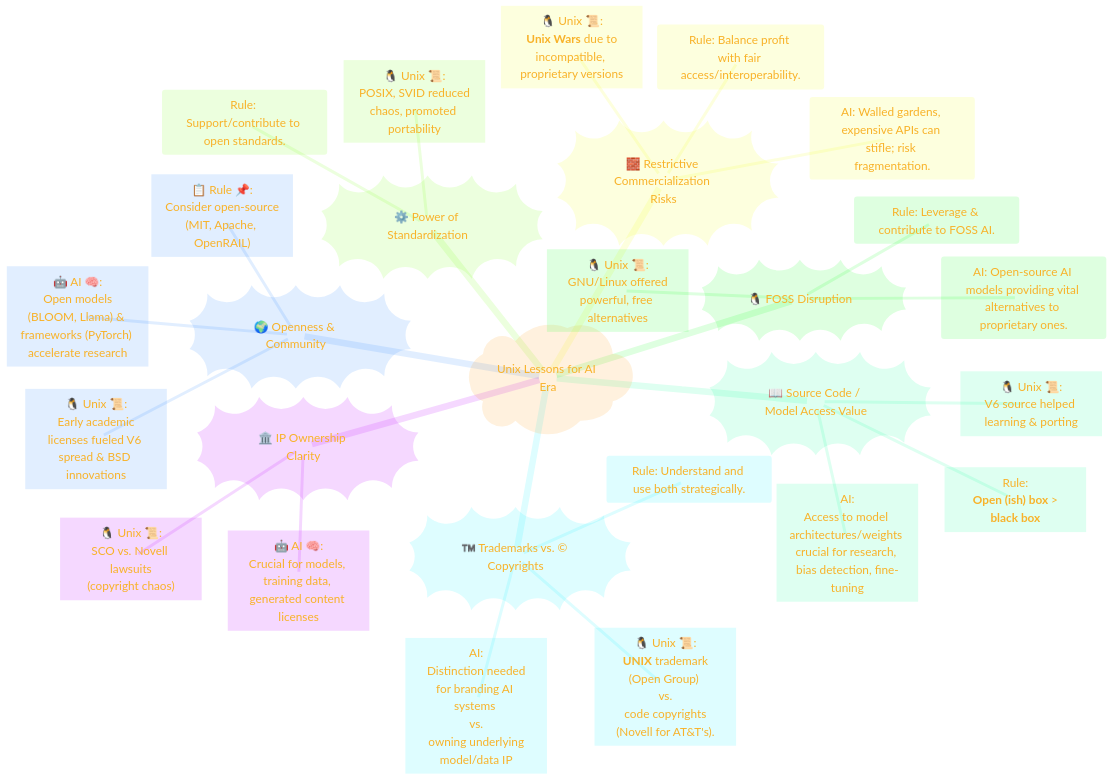
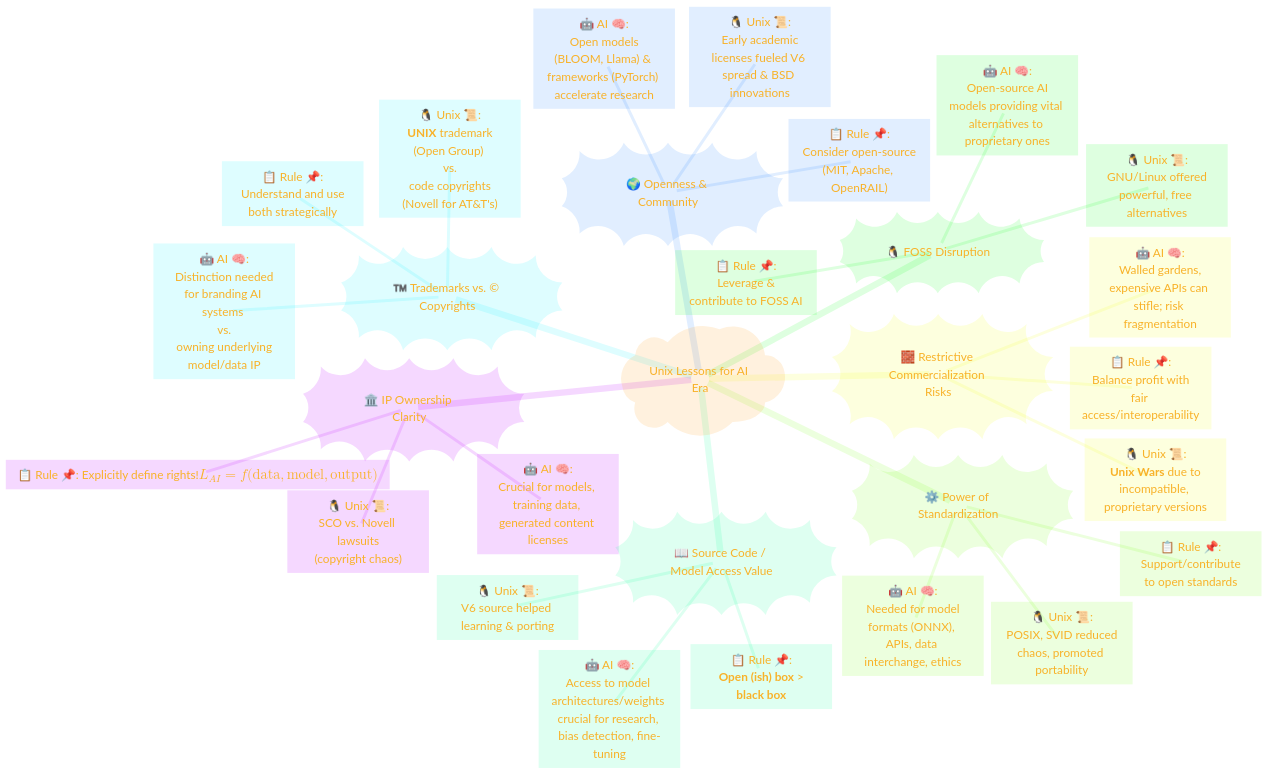
Before and after one commit to CongLeSolutionX/Digital-Bedrock-Landscape: the fourth of 7 diagrams in THE_PAST/PART-4_Consolidated_info.md, drawn with Mermaid.

````diff
--- a/THE_PAST/PART-4_Consolidated_info.md
+++ b/THE_PAST/PART-4_Consolidated_info.md
@@ -275,67 +275,67 @@
 ```mermaid
 ---
 title: "Lessons from Unix for the AI Era: A Guiding Light"
 author: "Cong Le"
 version: "1.0"
 license(s): "MIT, CC BY 4.0"
 copyright: "Copyright (c) 2025 Cong Le. All Rights Reserved."
 config:
   theme: base
 ---
 %%%%%%%% Mermaid version v11.4.1-b.14
 %%{
   init: {
     'fontFamily': 'American Typewriter',
     'mindmap': {
 	    'nodeAlign': 'center',
 	    'padding': 20
     },
     'themeVariables': {
       'primaryColor': '#FC82',
       'primaryTextColor': '#F8B229',
       'primaryBorderColor': '#27AE60',
       'secondaryColor': '#EBF3',
       'secondaryTextColor': '#6C3483',
       'secondaryBorderColor': '#A569BD',
       'fontSize': '20px'
     }
   }
 }%%
 mindmap
   root)"Unix Lessons for AI Era"(
     IP_Ownership_Clarity))"🏛️ IP Ownership Clarity"((
       ::icon(fa fa-landmark)
       Unix["🐧 Unix 📜:<br/>SCO vs. Novell lawsuits<br/>(copyright chaos)"]
       AI["🤖 AI 🧠:<br/>Crucial for models, training data, generated content licenses"]
-      %% Rule: Explicitly define rights! $$\\mathcal{L}_{AI} = f(\text{data}, \text{model}, \text{output})$$
+      Rule["📋 Rule 📌:<br/> Explicitly define rights! $$\\mathcal{L}_{AI} = f(\text{data}, \text{model}, \text{output})$$"]
     Openness_and_Community))"🌍 Openness & Community"((
       ::icon(fa fa-globe)
       Unix["🐧 Unix 📜:<br/> Early academic licenses fueled V6 spread & BSD innovations"]
       AI["🤖 AI 🧠:<br/> Open models (BLOOM, Llama) & frameworks (PyTorch) accelerate research"]
       Rule["📋 Rule 📌:<br/>Consider open-source<br/>(MIT, Apache, OpenRAIL)"]
     Restrictive_Commercialization_Risks))"🧱 Restrictive Commercialization Risks"((
       ::icon(fa fa-store-slash)
       Unix["🐧 Unix 📜:<br/> **Unix Wars** due to incompatible, proprietary versions"]
-      AI: Walled gardens, expensive APIs can stifle; risk fragmentation.
-      Rule: Balance profit with fair access/interoperability.
+      AI["🤖 AI 🧠:<br/> Walled gardens, expensive APIs can stifle; risk fragmentation"]
+      Rule["📋 Rule 📌:<br/> Balance profit with fair access/interoperability"]
     Power_of_Standardization))"⚙️ Power of Standardization"((
       ::icon(fa fa-cogs)
       Unix["🐧 Unix 📜:<br/> POSIX, SVID reduced chaos, promoted portability"]
-      %% AI: Needed for model formats (ONNX), APIs, data interchange, ethics.
-      Rule: Support/contribute to open standards.
+      AI["🤖 AI 🧠:<br/> Needed for model formats (ONNX), APIs, data interchange, ethics"]
+      Rule["📋 Rule 📌:<br/> Support/contribute to open standards"]
     FOSS_Disruption))"🐧 FOSS Disruption"((
       ::icon(fa fa-linux)
       Unix["🐧 Unix 📜:<br/> GNU/Linux offered powerful, free alternatives"]
-      AI: Open-source AI models providing vital alternatives to proprietary ones.
-      Rule: Leverage & contribute to FOSS AI.
+      AI["🤖 AI 🧠:<br/> Open-source AI models providing vital alternatives to proprietary ones"]
+      Rule["📋 Rule 📌:<br/> Leverage & contribute to FOSS AI"]
     Source_Code_Model_Access_Value))"📖 Source Code / Model Access Value"((
       ::icon(fa fa-book-open)
       Unix["🐧 Unix 📜:<br/>V6 source helped learning & porting"]
-      AI["AI:<br/>Access to model architectures/weights crucial for research, bias detection, fine-tuning"]
-      Rule["Rule:<br/> **Open (ish) box** > **black box**"]
+      AI["🤖 AI 🧠:<br/>Access to model architectures/weights crucial for research, bias detection, fine-tuning"]
+      Rule["📋 Rule 📌:<br/> **Open (ish) box** > **black box**"]
     Trademarks_vs_Copyrights))"™️ Trademarks vs. © Copyrights"((
       ::icon(fa fa-registered)
-      Unix["🐧 Unix 📜:<br/> **UNIX** trademark (Open Group) <br/>vs.<br/> code copyrights (Novell for AT&T's)."]
-      AI["AI:<br/> Distinction needed for branding AI systems <br/>vs.<br/> owning underlying model/data IP"]
-      Rule: Understand and use both strategically.
+      Unix["🐧 Unix 📜:<br/> **UNIX** trademark (Open Group) <br/>vs.<br/> code copyrights (Novell for AT&T's)"]
+      AI["🤖 AI 🧠:<br/> Distinction needed for branding AI systems <br/>vs.<br/> owning underlying model/data IP"]
+      Rule["📋 Rule 📌:<br/> Understand and use both strategically"]
 ```
````
